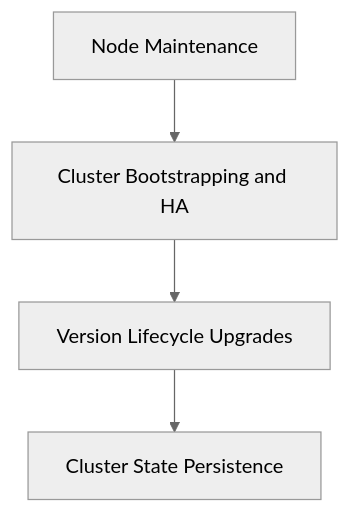
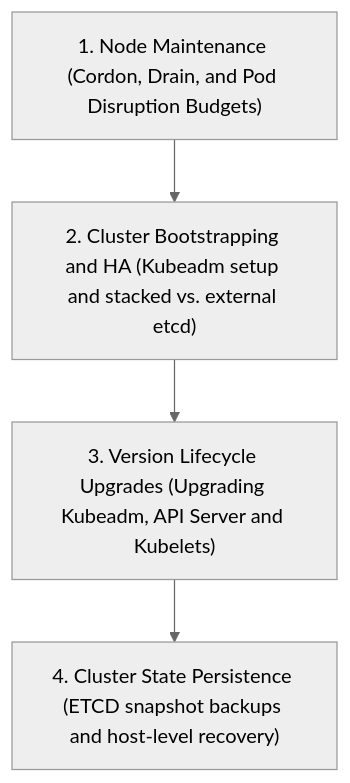
The first of 3 diagrams in Reference Notes/11_maintenance_upgrades_and_etcd.md (kmashour/BrainDump), drawn with Mermaid (neutral theme) before and after one commit. The commit also changed 15 other files, not shown here.

Commit message:
docs: restore detailed informative mermaid diagrams replacing ampersands with 'and'

````diff
--- a/Reference Notes/11_maintenance_upgrades_and_etcd.md
+++ b/Reference Notes/11_maintenance_upgrades_and_etcd.md
@@ -11,6 +11,6 @@
 ```mermaid
 graph TD
-    A["Node Maintenance"] --> B["Cluster Bootstrapping and HA"]
-    B --> C["Version Lifecycle Upgrades"]
-    C --> D["Cluster State Persistence"]
+    A["1. Node Maintenance (Cordon, Drain, and Pod Disruption Budgets)"] --> B["2. Cluster Bootstrapping and HA (Kubeadm setup and stacked vs. external etcd)"]
+    B --> C["3. Version Lifecycle Upgrades (Upgrading Kubeadm, API Server and Kubelets)"]
+    C --> D["4. Cluster State Persistence (ETCD snapshot backups and host-level recovery)"]
 ```
````
